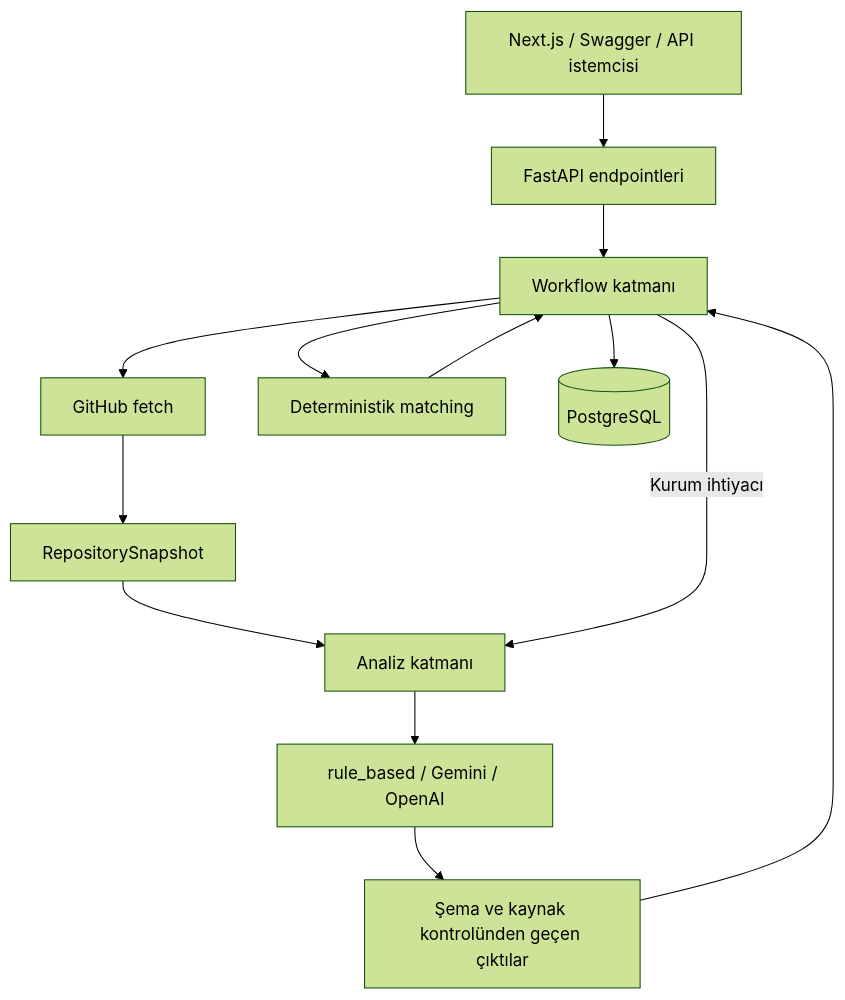
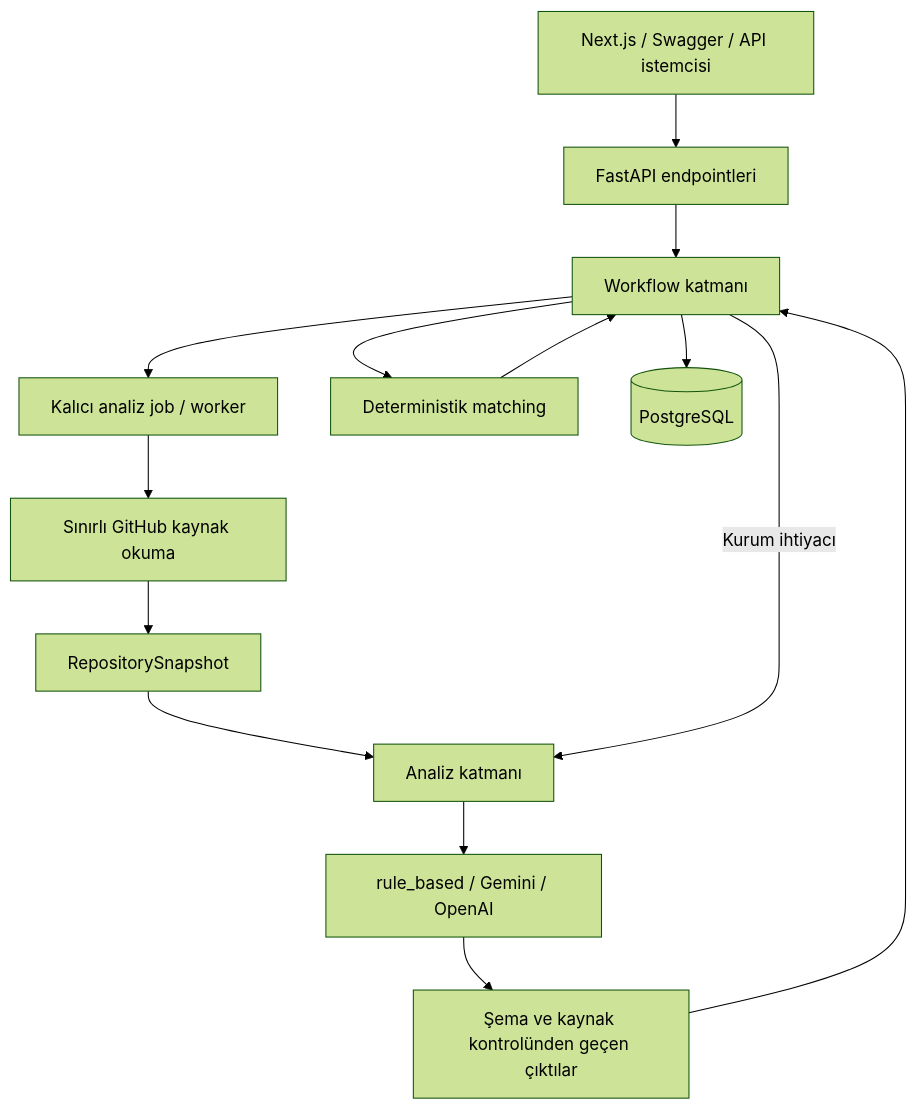
The second of 2 diagrams in README.md (cgdsgcgll/devora-zeminai), drawn with Mermaid (forest theme) before and after one commit. The commit also changed other lines of this file and 14 other files, not shown here.

````diff
--- a/README.md
+++ b/README.md
@@ -145,15 +145,16 @@
 ```mermaid
 flowchart TD
     U[Next.js / Swagger / API istemcisi] --> API[FastAPI endpointleri]
     API --> W[Workflow katmanı]
-    W --> G[GitHub fetch]
+    W --> J[Kalıcı analiz job / worker]
+    J --> G[Sınırlı GitHub kaynak okuma]
     G --> S[RepositorySnapshot]
     S --> A[Analiz katmanı]
     W -->|Kurum ihtiyacı| A
     A --> P[rule_based / Gemini / OpenAI]
     P --> V[Şema ve kaynak kontrolünden geçen çıktılar]
     V --> W
     W --> M[Deterministik matching]
     W --> DB[(PostgreSQL)]
     M --> W
 ```
````
